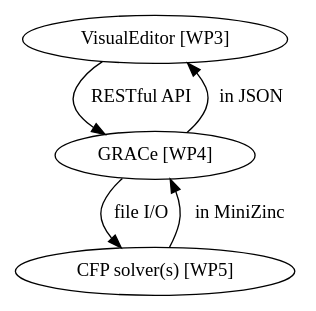
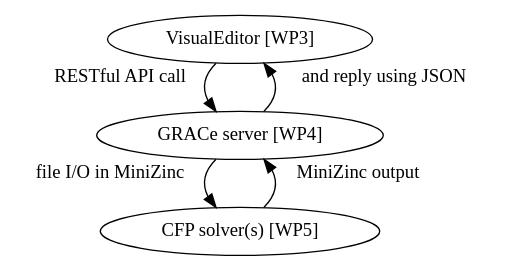
The diagram in Y2/SWarch.dot (GRACeFUL-project/DSL-WP), drawn with Graphviz before and after one commit. The commit also changed 2 other files, not shown here.

```diff
--- a/Y2/SWarch.dot
+++ b/Y2/SWarch.dot
@@ -1,13 +1,13 @@
 digraph GRACeFUL {
 
 
-  VisualEditor -> GRACe   [label = " RESTful API "];
-  GRACe -> VisualEditor   [label = " in JSON "];
-  GRACe -> CFP            [label = " file I/O "];
-  CFP -> GRACe            [label = " in MiniZinc "];
+  VisualEditor:sw -> GRACe:nw   [xlabel = " RESTful API call "];
+  GRACe:ne -> VisualEditor:se   [xlabel = " and reply using JSON "];
+  GRACe:sw -> CFP:nw      [xlabel = " file I/O in MiniZinc "];
+  CFP:ne -> GRACe:se      [xlabel = " MiniZinc output "];
 
   VisualEditor [label="VisualEditor [WP3]",  color=black];
-  GRACe        [label="GRACe [WP4]",         color=black];
+  GRACe        [label="GRACe server [WP4]",  color=black];
   CFP          [label="CFP solver(s) [WP5]", color=black];
 
 }
```
